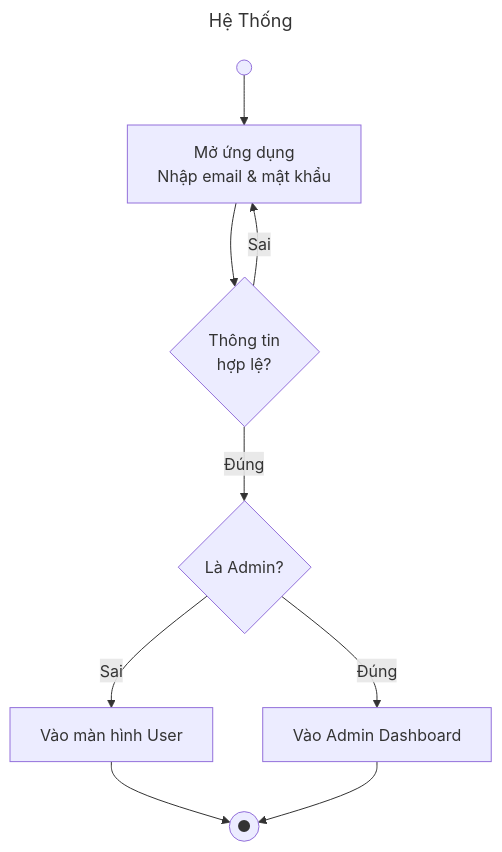
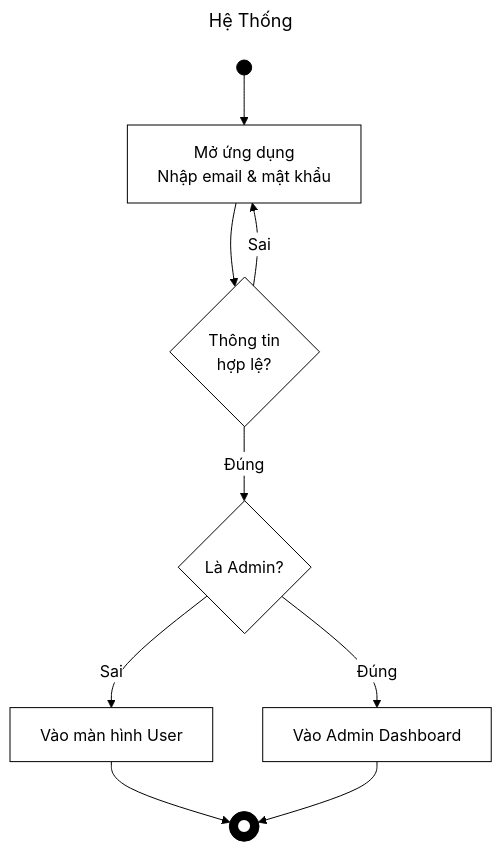
The first of 22 diagrams in Activity_Diagrams.md (Babiboyy55/TaskHeroPKA), drawn with Mermaid before and after one commit. The commit also changed other lines of this file, not shown here.

````diff
--- a/Activity_Diagrams.md
+++ b/Activity_Diagrams.md
@@ -6,14 +6,17 @@
 ```mermaid
 ---
 title: Hệ Thống
 ---
+%%{init: {'theme':'base', 'themeVariables': {'primaryColor':'#ffffff', 'primaryBorderColor':'#000000', 'primaryTextColor':'#000000', 'lineColor':'#000000', 'edgeLabelBackground':'#ffffff', 'tertiaryColor':'#ffffff'}}}%%
 flowchart TD
-    S(( )) --> A[Mở ứng dụng\nNhập email & mật khẩu]
+    classDef default fill:#ffffff,stroke:#000000,stroke-width:1px,color:#000000;
+    classDef blackNode fill:#000000,stroke:#000000,stroke-width:1px,color:#ffffff;
+    S(( )):::blackNode --> A[Mở ứng dụng\nNhập email & mật khẩu]
     A --> D1{Thông tin\nhợp lệ?}
     D1 -- Sai --> A
     D1 -- Đúng --> D2{Là Admin?}
     D2 -- Sai --> B[Vào màn hình User]
     D2 -- Đúng --> C[Vào Admin Dashboard]
-    B --> E((●))
+    B --> E((●)):::blackNode
     C --> E
 ```
````
